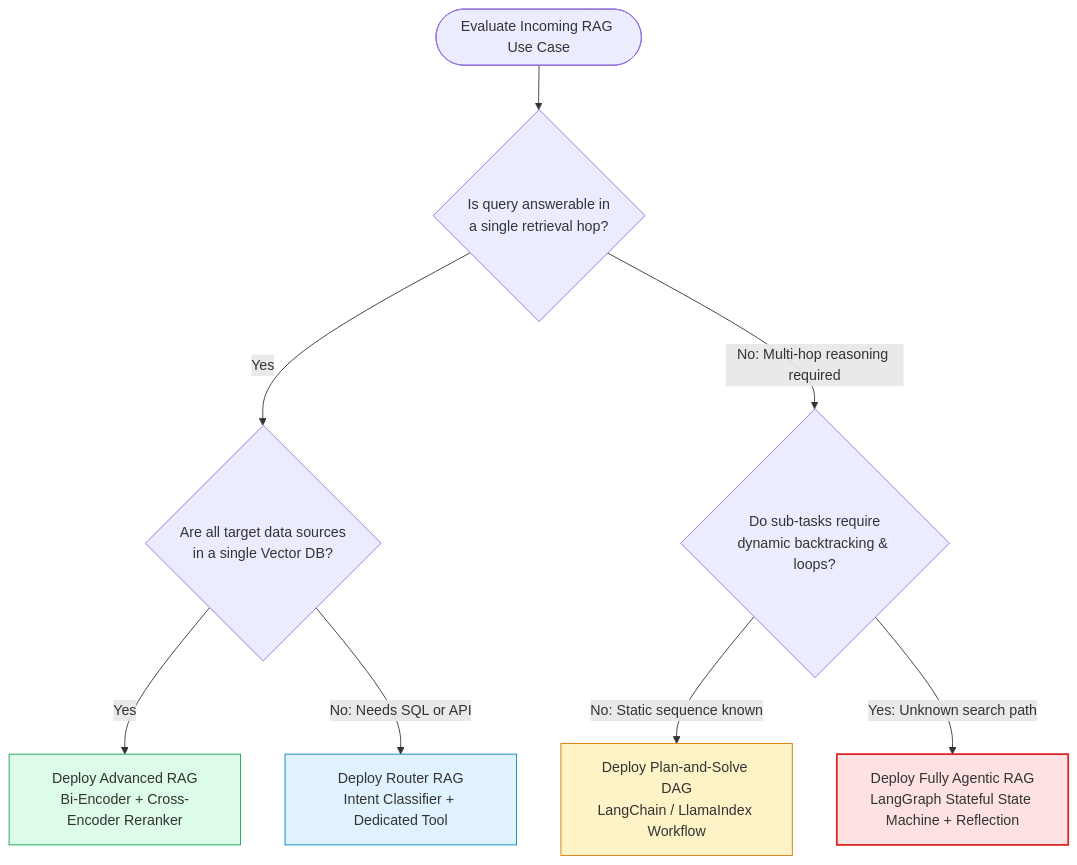
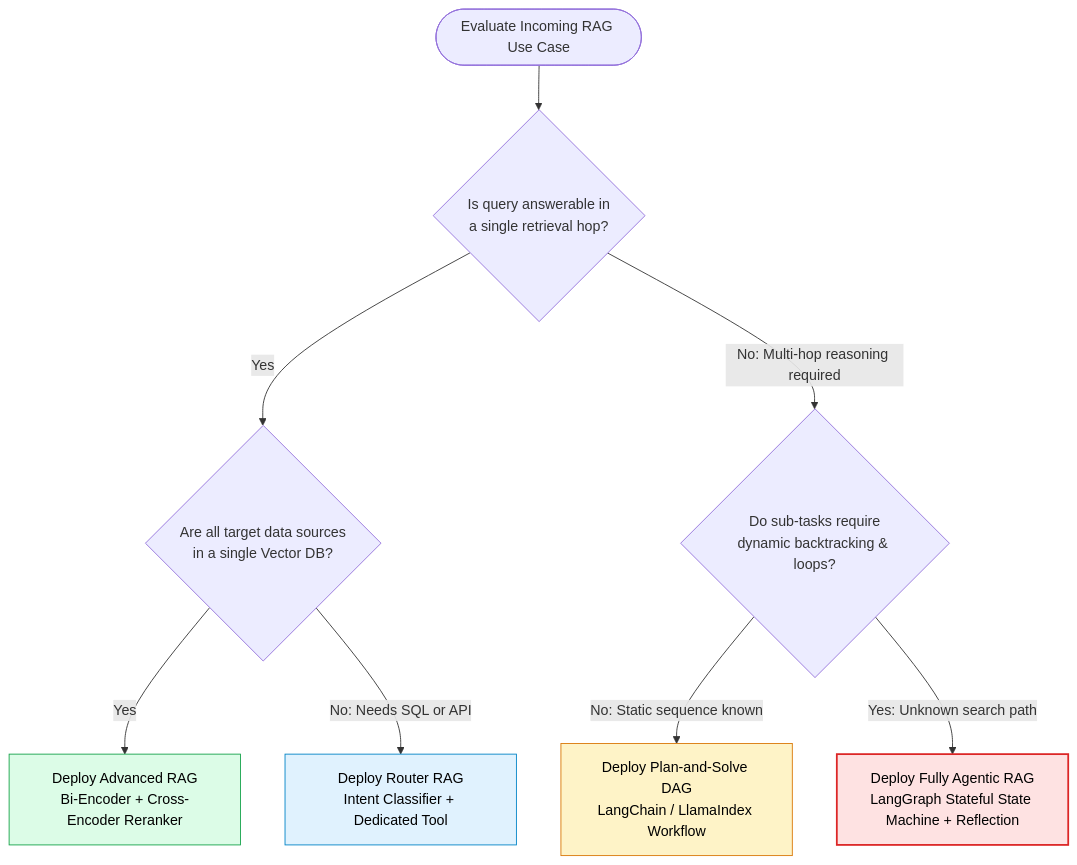
The sixth of 6 diagrams in 07-Agentic-RAG/What-is-Agentic-RAG.md (swapnil3104/RAG-Engineering), drawn with Mermaid before and after one commit. The commit also changed other lines of this file and 108 other files, not shown here.

Commit message:
fix: make chart text visible across all Mermaid diagrams and resolve markdown table formatting issues

````diff
--- a/07-Agentic-RAG/What-is-Agentic-RAG.md
+++ b/07-Agentic-RAG/What-is-Agentic-RAG.md
@@ -654,17 +654,17 @@
 ```mermaid
 flowchart TD
     Start([Evaluate Incoming RAG Use Case]) --> Q1{"Is query answerable in<br/>a single retrieval hop?"}
     
     Q1 -->|Yes| Q2{"Are all target data sources<br/>in a single Vector DB?"}
     Q2 -->|Yes| Naive[Deploy Advanced RAG<br/>Bi-Encoder + Cross-Encoder Reranker]
     Q2 -->|No: Needs SQL or API| Router[Deploy Router RAG<br/>Intent Classifier + Dedicated Tool]
     
     Q1 -->|No: Multi-hop reasoning required| Q3{"Do sub-tasks require<br/>dynamic backtracking & loops?"}
     Q3 -->|No: Static sequence known| PlanSolve[Deploy Plan-and-Solve DAG<br/>LangChain / LlamaIndex Workflow]
     Q3 -->|Yes: Unknown search path| Agentic[Deploy Fully Agentic RAG<br/>LangGraph Stateful State Machine + Reflection]
     
-    style Naive fill:#dcfce7,stroke:#16a34a,stroke-width:1px
-    style Router fill:#e0f2fe,stroke:#0284c7,stroke-width:1px
-    style PlanSolve fill:#fef3c7,stroke:#d97706,stroke-width:1px
-    style Agentic fill:#fee2e2,stroke:#dc2626,stroke-width:2px
+    style Naive fill:#dcfce7,stroke:#16a34a,stroke-width:1px,color:#000000
+    style Router fill:#e0f2fe,stroke:#0284c7,stroke-width:1px,color:#000000
+    style PlanSolve fill:#fef3c7,stroke:#d97706,stroke-width:1px,color:#000000
+    style Agentic fill:#fee2e2,stroke:#dc2626,stroke-width:2px,color:#000000
 ```
````
